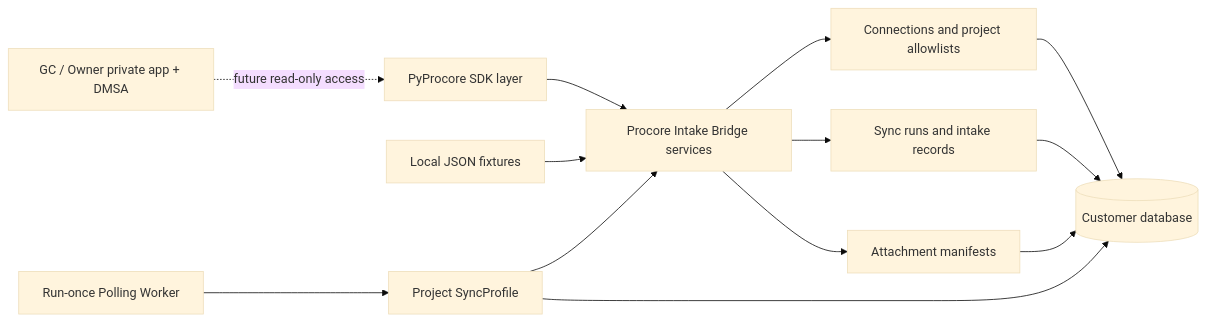
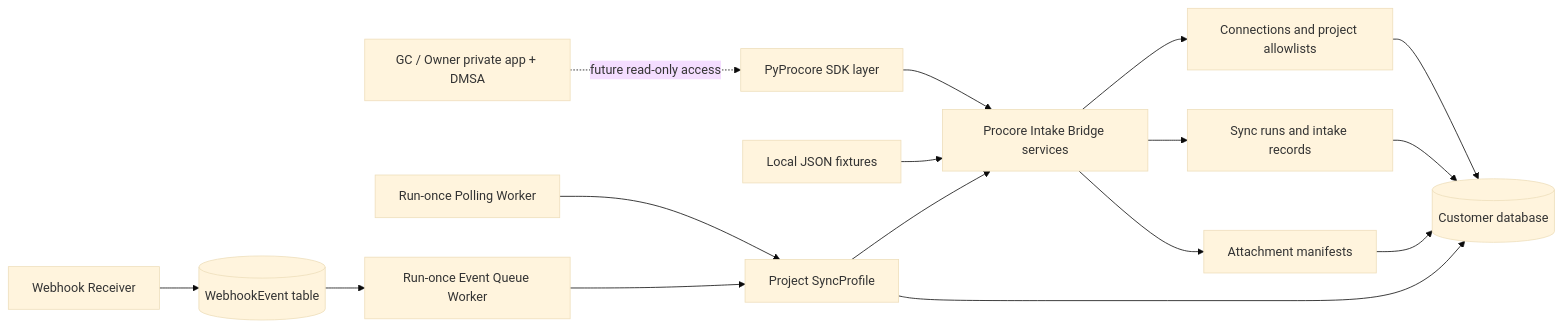
Before and after one commit to vibhanshu-mishra/procore-intake-bridge: the diagram in docs/architecture.md, drawn with Mermaid (base theme). The commit also changed other lines of this file and 29 other files, not shown here.

Commit message:
Add webhook receiver and event queue

````diff
--- a/docs/architecture.md
+++ b/docs/architecture.md
@@ -5,15 +5,18 @@
 ```mermaid
 flowchart LR
     A["GC / Owner private app + DMSA"] -. "future read-only access" .-> B["PyProcore SDK layer"]
     B --> C["Procore Intake Bridge services"]
     C --> D["Connections and project allowlists"]
     C --> E["Sync runs and intake records"]
     C --> F["Attachment manifests"]
     D --> G[("Customer database")]
     E --> G
     F --> G
     H["Local JSON fixtures"] --> C
     I["Run-once Polling Worker"] --> J["Project SyncProfile"]
     J --> C
     J --> G
+    K["Webhook Receiver"] --> L[("WebhookEvent table")]
+    L --> M["Run-once Event Queue Worker"]
+    M --> J
 ```
````
